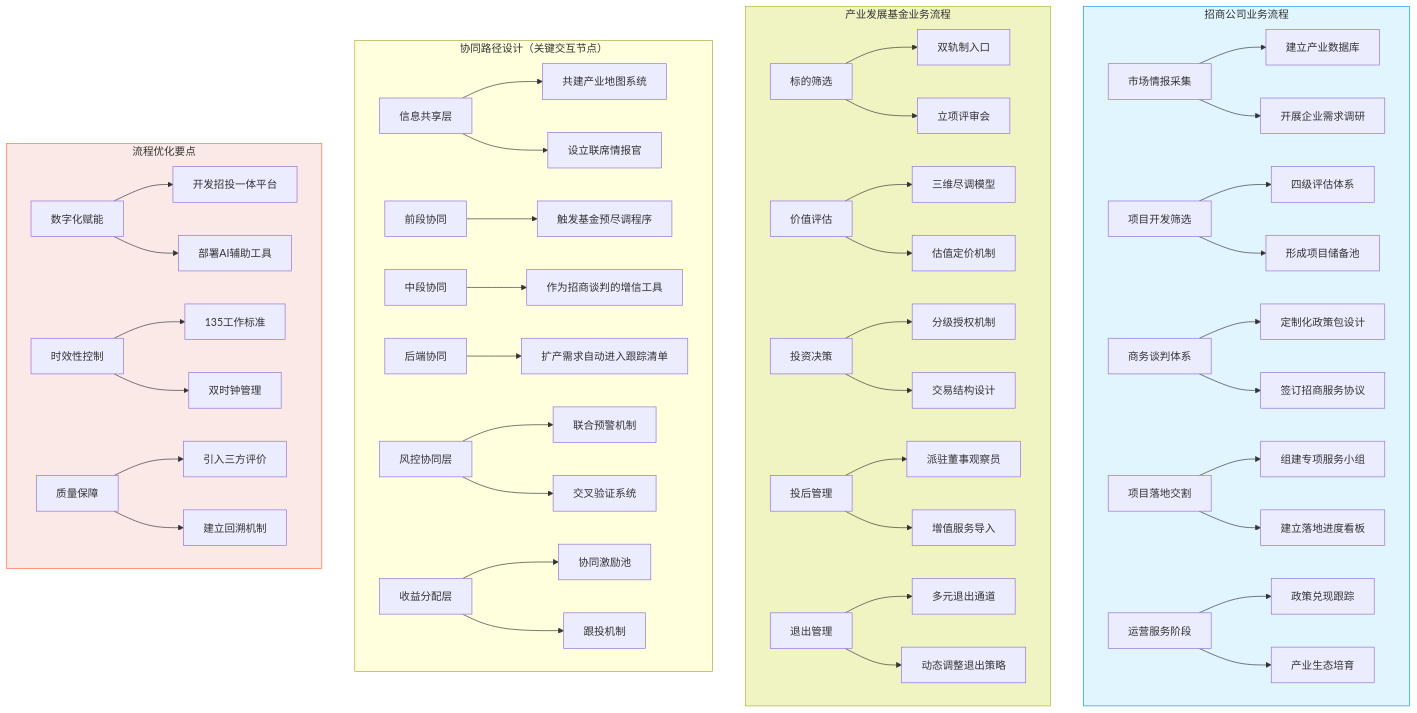
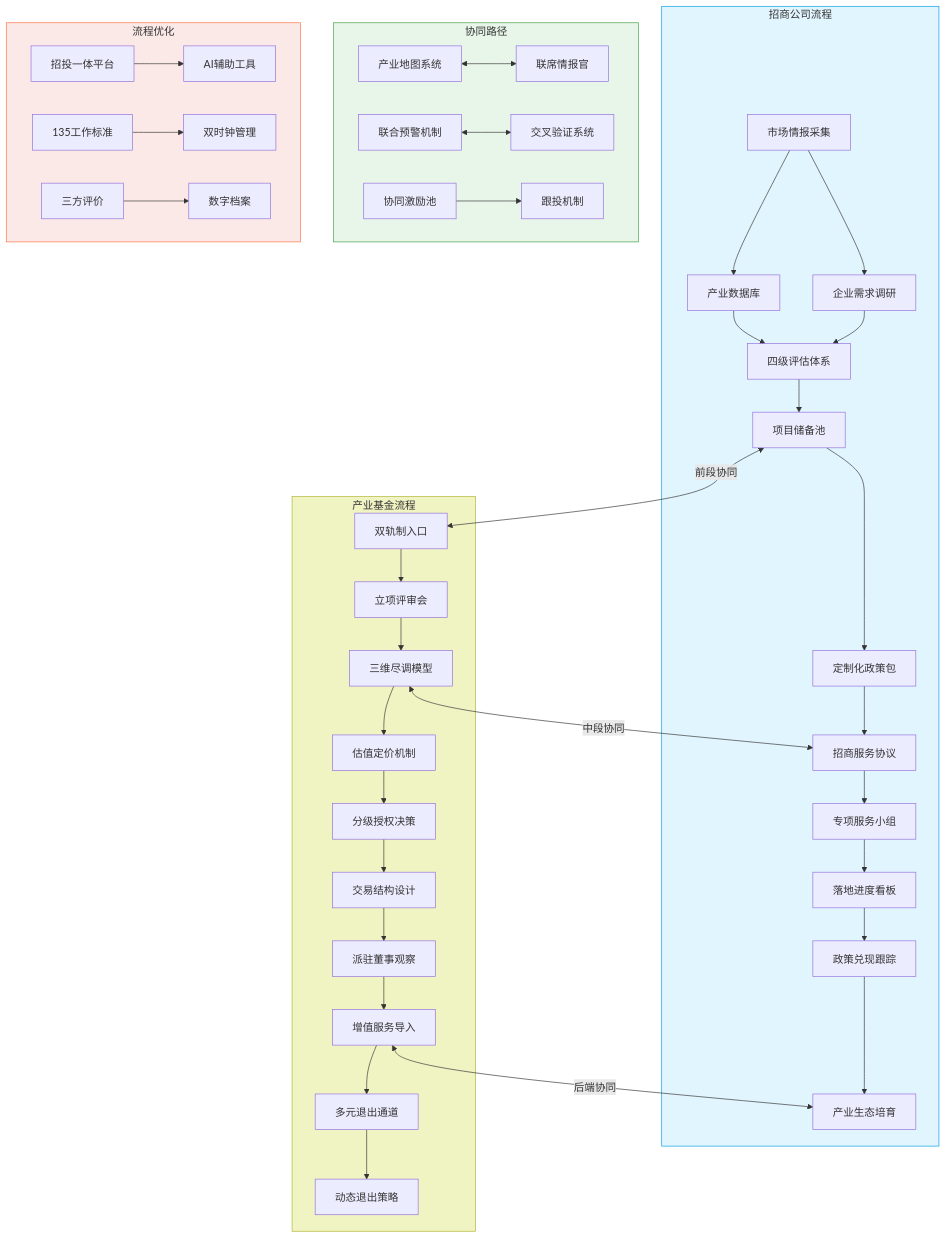
One commit to psxiaoxiang/iodraw-files changed the diagram in all/未命名-2.md. Above: the diagram before and after it, drawn with Mermaid.

Commit message:
2025-03-04 10:11:56 update

````diff
--- a/all/未命名-2.md
+++ b/all/未命名-2.md
@@ -1,71 +1,55 @@
 ```mermaid
 graph TD
-    subgraph "招商公司业务流程"
-        A1[市场情报采集] --> A2[建立产业数据库]
-        A1 --> A3[开展企业需求调研]
-        
-        A4[项目开发筛选] --> A5[四级评估体系]
-        A4 --> A6[形成项目储备池]
-        
-        A7[商务谈判体系] --> A8[定制化政策包设计]
-        A7 --> A9[签订招商服务协议]
-        
-        A10[项目落地交割] --> A11[组建专项服务小组]
-        A10 --> A12[建立落地进度看板]
-        
-        A13[运营服务阶段] --> A14[政策兑现跟踪]
-        A13 --> A15[产业生态培育]
-    end
-    
-    subgraph "产业发展基金业务流程"
-        B1[标的筛选] --> B2[双轨制入口]
-        B1 --> B3[立项评审会]
-        
-        B4[价值评估] --> B5[三维尽调模型]
-        B4 --> B6[估值定价机制]
-        
-        B7[投资决策] --> B8[分级授权机制]
-        B7 --> B9[交易结构设计]
-        
-        B10[投后管理] --> B11[派驻董事观察员]
-        B10 --> B12[增值服务导入]
-        
-        B13[退出管理] --> B14[多元退出通道]
-        B13 --> B15[动态调整退出策略]
-    end
-    
-    subgraph "协同路径设计（关键交互节点）"
-        C1[信息共享层] --> C2[共建产业地图系统]
-        C1 --> C3[设立联席情报官]
-        
-        C4[前段协同] --> C5[触发基金预尽调程序]
-        C6[中段协同] --> C7[作为招商谈判的增信工具]
-        C8[后端协同] --> C9[扩产需求自动进入跟踪清单]
-        
-        C10[风控协同层] --> C11[联合预警机制]
-        C10 --> C12[交叉验证系统]
-        
-        C13[收益分配层] --> C14[协同激励池]
-        C13 --> C15[跟投机制]
-    end
-    
-    subgraph "流程优化要点"
-        D1[数字化赋能] --> D2[开发招投一体平台]
-        D1 --> D3[部署AI辅助工具]
-        
-        D4[时效性控制] --> D5[135工作标准]
-        D4 --> D6[双时钟管理]
-        
-        D7[质量保障] --> D8[引入三方评价]
-        D7 --> D9[建立回溯机制]
-    end
-    
-    classDef company fill:#E1F5FE,stroke:#039BE5;
-    classDef fund fill:#F0F4C3,stroke:#AFB42B;
-    classDef synergy fill:#E8F5E9,stroke:#43A047;
-    classDef optimize fill:#FBE9E7,stroke:#FF7043;
 
-    class 招商公司业务流程 company
-    class 产业发展基金业务流程 fund
-    class 流程优化要点 optimize
+subgraph "招商公司流程"
+  A1[市场情报采集] --> A2[产业数据库]
+  A1 --> A3[企业需求调研]
+  A2 --> A4[四级评估体系]
+  A3 --> A4
+  A4 --> A5[项目储备池]
+  A5 --> B1[定制化政策包]
+  B1 --> B2[招商服务协议]
+  B2 --> C1[专项服务小组]
+  C1 --> C2[落地进度看板]
+  C2 --> D1[政策兑现跟踪]
+  D1 --> D2[产业生态培育]
+end
+
+subgraph "产业基金流程"
+  E1[双轨制入口] --> E2[立项评审会]
+  E2 --> F1[三维尽调模型]
+  F1 --> F2[估值定价机制]
+  F2 --> G1[分级授权决策]
+  G1 --> G2[交易结构设计]
+  G2 --> H1[派驻董事观察]
+  H1 --> H2[增值服务导入]
+  H2 --> I1[多元退出通道]
+  I1 --> I2[动态退出策略]
+end
+
+subgraph "协同路径"
+  X1[产业地图系统] <--> Y1[联席情报官]
+  A5 <-->|前段协同| E1
+  F1 <-->|中段协同| B2
+  H2 <-->|后端协同| D2
+  J1[联合预警机制] <--> J2[交叉验证系统]
+  K1[协同激励池] --> K2[跟投机制]
+end
+
+subgraph "流程优化"
+  O1[招投一体平台] --> O2[AI辅助工具]
+  P1[135工作标准] --> P2[双时钟管理]
+  Q1[三方评价] --> Q2[数字档案]
+end
+
+classDef company fill:#E1F5FE,stroke:#039BE5
+classDef fund fill:#F0F4C3,stroke:#AFB42B
+classDef synergy fill:#E8F5E9,stroke:#43A047
+classDef optimize fill:#FBE9E7,stroke:#FF7043
+
+class 招商公司流程 company
+class 产业基金流程 fund
+class 协同路径 synergy
+class 流程优化 optimize
+
 ```
````
